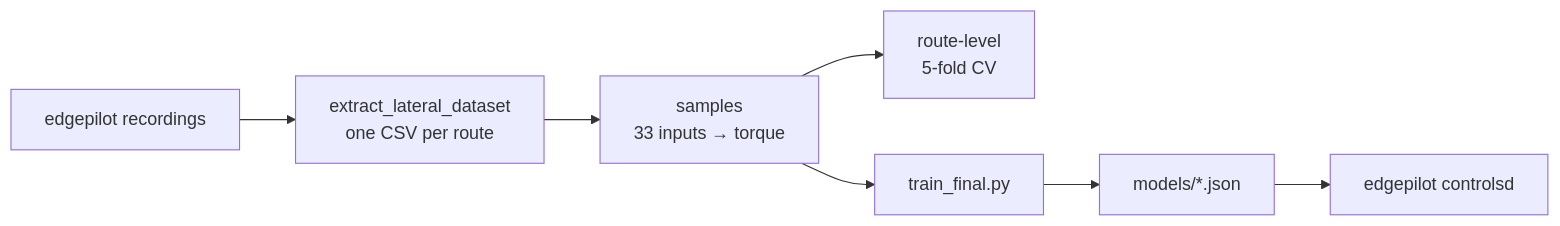
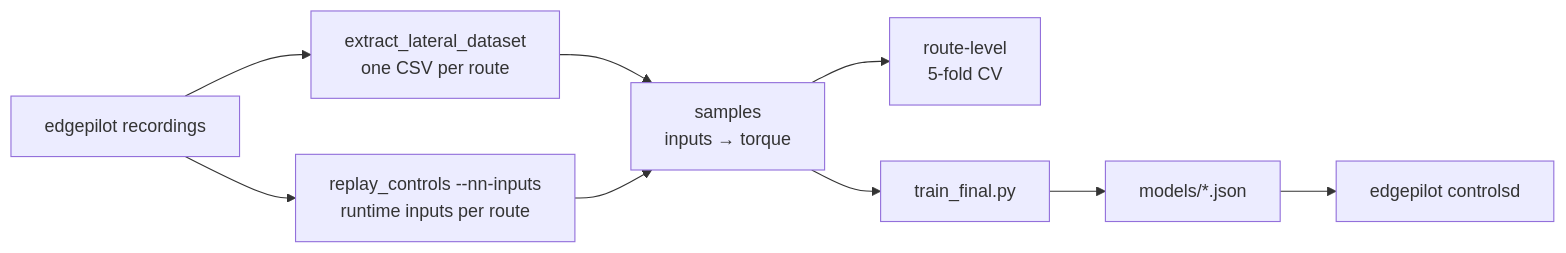
One commit to cwal1220/edgepilot-nnlc changed the diagram in README.md. Above: the diagram before and after it, drawn with Mermaid. The commit also changed other lines of this file and 42 other files, not shown here.

````diff
--- a/README.md
+++ b/README.md
@@ -20,9 +22,11 @@
 ```mermaid
 flowchart LR
     rec["edgepilot recordings"] --> ext["extract_lateral_dataset<br>one CSV per route"]
-    ext --> ds["samples<br>33 inputs → torque"]
+    rec --> dump["replay_controls --nn-inputs<br>runtime inputs per route"]
+    ext --> ds["samples<br>inputs → torque"]
+    dump --> ds
     ds --> cv["route-level<br>5-fold CV"]
     ds --> final["train_final.py"]
     final --> model["models/*.json"]
     model --> ep["edgepilot controlsd"]
 ```
````
